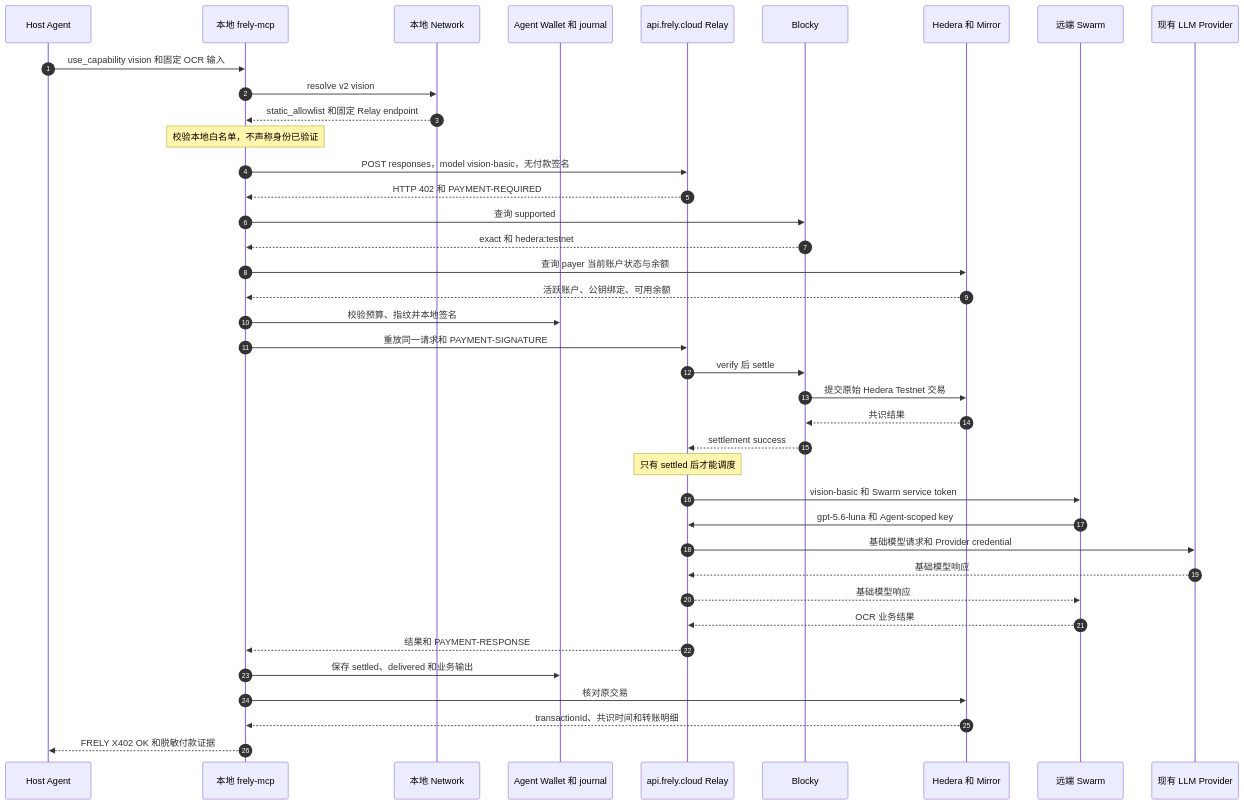
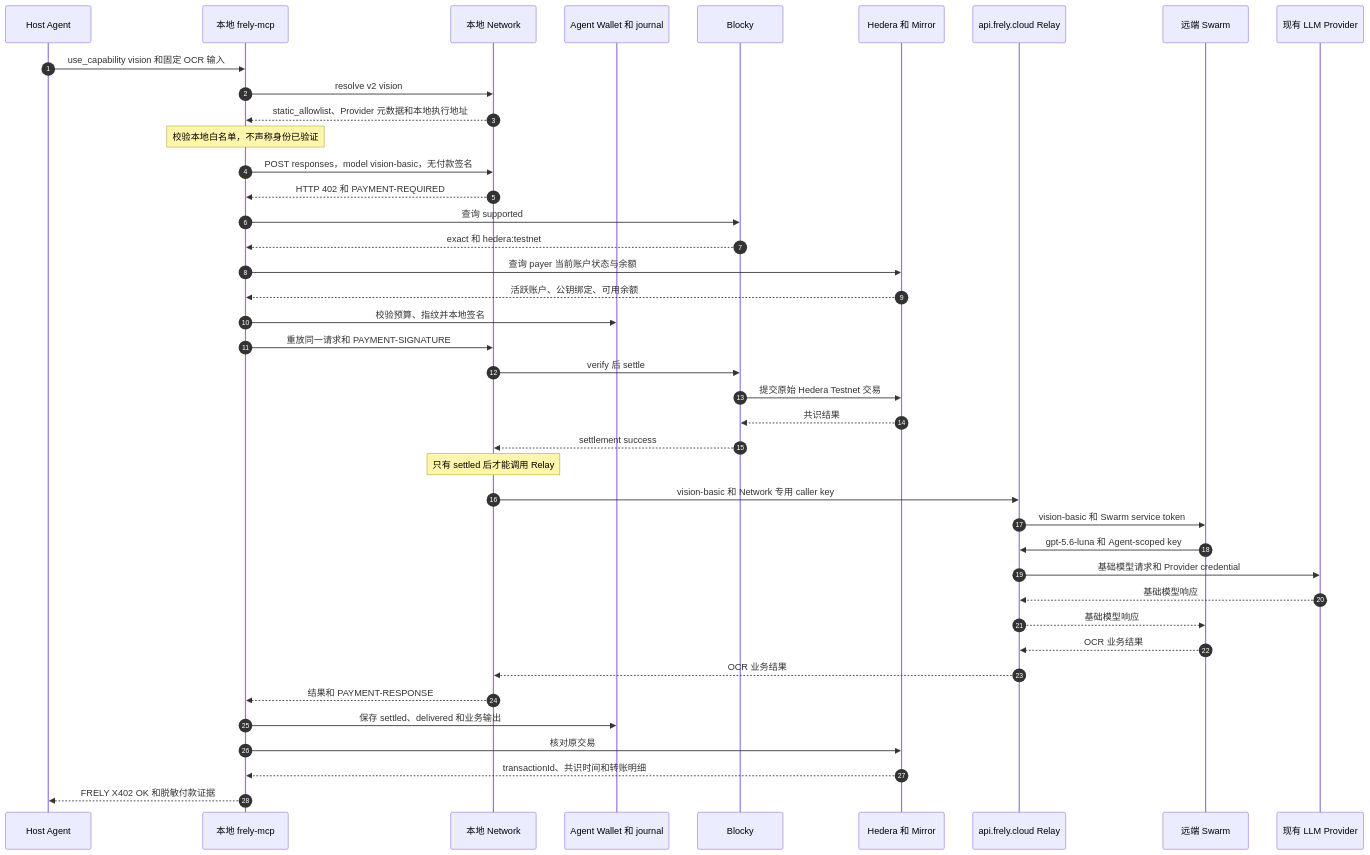
One commit to FrelyHQ/frely-network changed the diagram in docs/superpowers/specs/2026-09-12-local-network-static-provider-x402-e2e-design.md. Above: the diagram before and after it, drawn with Mermaid. The commit also changed other lines of this file and 1 other file, not shown here.

Commit message:
docs(architecture): move x402 boundary into network

````diff
--- a/docs/superpowers/specs/2026-09-12-local-network-static-provider-x402-e2e-design.md
+++ b/docs/superpowers/specs/2026-09-12-local-network-static-provider-x402-e2e-design.md
@@ -266,42 +284,44 @@
 ```mermaid
 sequenceDiagram
     autonumber
     participant H as Host Agent
     participant M as 本地 frely-mcp
     participant N as 本地 Network
     participant W as Agent Wallet 和 journal
-    participant R as api.frely.cloud Relay
     participant B as Blocky
     participant L as Hedera 和 Mirror
+    participant R as api.frely.cloud Relay
     participant S as 远端 Swarm
     participant P as 现有 LLM Provider
 
     H->>M: use_capability vision 和固定 OCR 输入
     M->>N: resolve v2 vision
-    N-->>M: static_allowlist 和固定 Relay endpoint
+    N-->>M: static_allowlist、Provider 元数据和本地执行地址
     Note over M: 校验本地白名单，不声称身份已验证
-    M->>R: POST responses，model vision-basic，无付款签名
-    R-->>M: HTTP 402 和 PAYMENT-REQUIRED
+    M->>N: POST responses，model vision-basic，无付款签名
+    N-->>M: HTTP 402 和 PAYMENT-REQUIRED
     M->>B: 查询 supported
     B-->>M: exact 和 hedera:testnet
     M->>L: 查询 payer 当前账户状态与余额
     L-->>M: 活跃账户、公钥绑定、可用余额
     M->>W: 校验预算、指纹并本地签名
-    M->>R: 重放同一请求和 PAYMENT-SIGNATURE
-    R->>B: verify 后 settle
+    M->>N: 重放同一请求和 PAYMENT-SIGNATURE
+    N->>B: verify 后 settle
     B->>L: 提交原始 Hedera Testnet 交易
     L-->>B: 共识结果
-    B-->>R: settlement success
-    Note over R: 只有 settled 后才能调度
+    B-->>N: settlement success
+    Note over N: 只有 settled 后才能调用 Relay
+    N->>R: vision-basic 和 Network 专用 caller key
     R->>S: vision-basic 和 Swarm service token
     S->>R: gpt-5.6-luna 和 Agent-scoped key
     R->>P: 基础模型请求和 Provider credential
     P-->>R: 基础模型响应
     R-->>S: 基础模型响应
     S-->>R: OCR 业务结果
-    R-->>M: 结果和 PAYMENT-RESPONSE
+    R-->>N: OCR 业务结果
+    N-->>M: 结果和 PAYMENT-RESPONSE
     M->>W: 保存 settled、delivered 和业务输出
     M->>L: 核对原交易
     L-->>M: transactionId、共识时间和转账明细
     M-->>H: FRELY X402 OK 和脱敏付款证据
 ```
````
